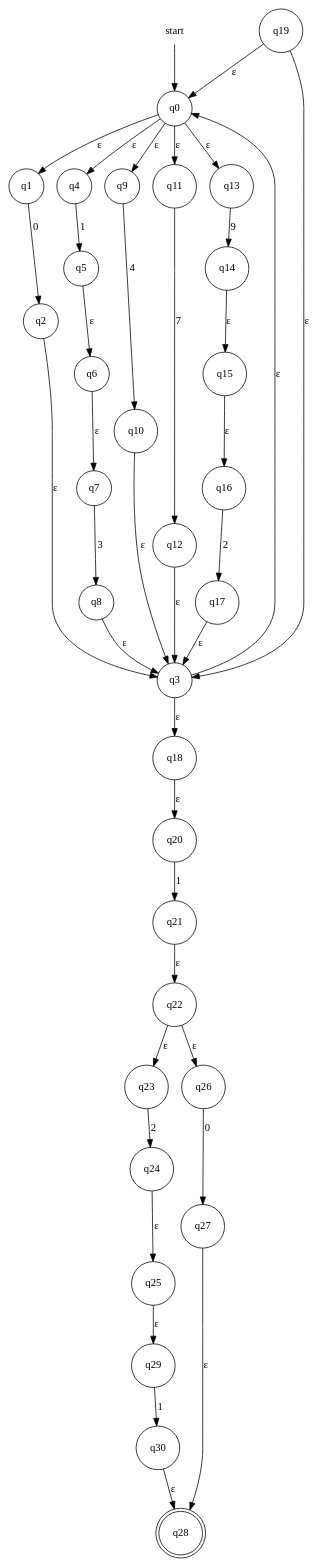
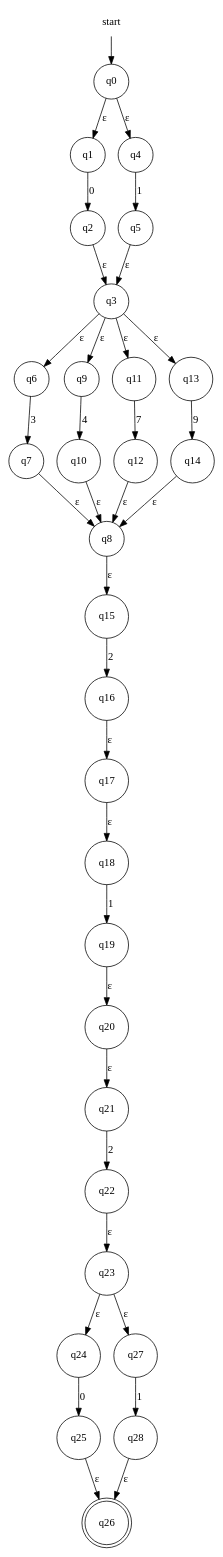
One commit to evertheylen/TA_TO changed the diagram in fase1/RE-eNFA/regex_14.dot. Above: the diagram before and after it, drawn with Graphviz. The commit also changed 13 other files, not shown here.

```diff
--- a/fase1/RE-eNFA/regex_14.dot
+++ b/fase1/RE-eNFA/regex_14.dot
@@ -1,43 +1,39 @@
 digraph automaton {
     node [shape=none]; start;
-    node [shape=doublecircle]; "q28";
+    node [shape=doublecircle]; "q26";
     node [shape=circle];
     start -> "q0";
     "q0" -> "q1" [label="&epsilon;"];
     "q0" -> "q4" [label="&epsilon;"];
-    "q0" -> "q9" [label="&epsilon;"];
-    "q0" -> "q11" [label="&epsilon;"];
-    "q0" -> "q13" [label="&epsilon;"];
     "q1" -> "q2" [label="0"];
     "q2" -> "q3" [label="&epsilon;"];
-    "q3" -> "q0" [label="&epsilon;"];
-    "q3" -> "q18" [label="&epsilon;"];
+    "q3" -> "q6" [label="&epsilon;"];
+    "q3" -> "q9" [label="&epsilon;"];
+    "q3" -> "q11" [label="&epsilon;"];
+    "q3" -> "q13" [label="&epsilon;"];
     "q4" -> "q5" [label="1"];
-    "q5" -> "q6" [label="&epsilon;"];
-    "q6" -> "q7" [label="&epsilon;"];
-    "q7" -> "q8" [label="3"];
-    "q8" -> "q3" [label="&epsilon;"];
+    "q5" -> "q3" [label="&epsilon;"];
+    "q6" -> "q7" [label="3"];
+    "q7" -> "q8" [label="&epsilon;"];
+    "q8" -> "q15" [label="&epsilon;"];
     "q9" -> "q10" [label="4"];
-    "q10" -> "q3" [label="&epsilon;"];
+    "q10" -> "q8" [label="&epsilon;"];
     "q11" -> "q12" [label="7"];
-    "q12" -> "q3" [label="&epsilon;"];
+    "q12" -> "q8" [label="&epsilon;"];
     "q13" -> "q14" [label="9"];
-    "q14" -> "q15" [label="&epsilon;"];
-    "q15" -> "q16" [label="&epsilon;"];
-    "q16" -> "q17" [label="2"];
-    "q17" -> "q3" [label="&epsilon;"];
-    "q18" -> "q20" [label="&epsilon;"];
-    "q19" -> "q0" [label="&epsilon;"];
-    "q19" -> "q3" [label="&epsilon;"];
-    "q20" -> "q21" [label="1"];
-    "q21" -> "q22" [label="&epsilon;"];
+    "q14" -> "q8" [label="&epsilon;"];
+    "q15" -> "q16" [label="2"];
+    "q16" -> "q17" [label="&epsilon;"];
+    "q17" -> "q18" [label="&epsilon;"];
+    "q18" -> "q19" [label="1"];
+    "q19" -> "q20" [label="&epsilon;"];
+    "q20" -> "q21" [label="&epsilon;"];
+    "q21" -> "q22" [label="2"];
     "q22" -> "q23" [label="&epsilon;"];
-    "q22" -> "q26" [label="&epsilon;"];
-    "q23" -> "q24" [label="2"];
-    "q24" -> "q25" [label="&epsilon;"];
-    "q25" -> "q29" [label="&epsilon;"];
-    "q26" -> "q27" [label="0"];
-    "q27" -> "q28" [label="&epsilon;"];
-    "q29" -> "q30" [label="1"];
-    "q30" -> "q28" [label="&epsilon;"];
+    "q23" -> "q24" [label="&epsilon;"];
+    "q23" -> "q27" [label="&epsilon;"];
+    "q24" -> "q25" [label="0"];
+    "q25" -> "q26" [label="&epsilon;"];
+    "q27" -> "q28" [label="1"];
+    "q28" -> "q26" [label="&epsilon;"];
 }
```
